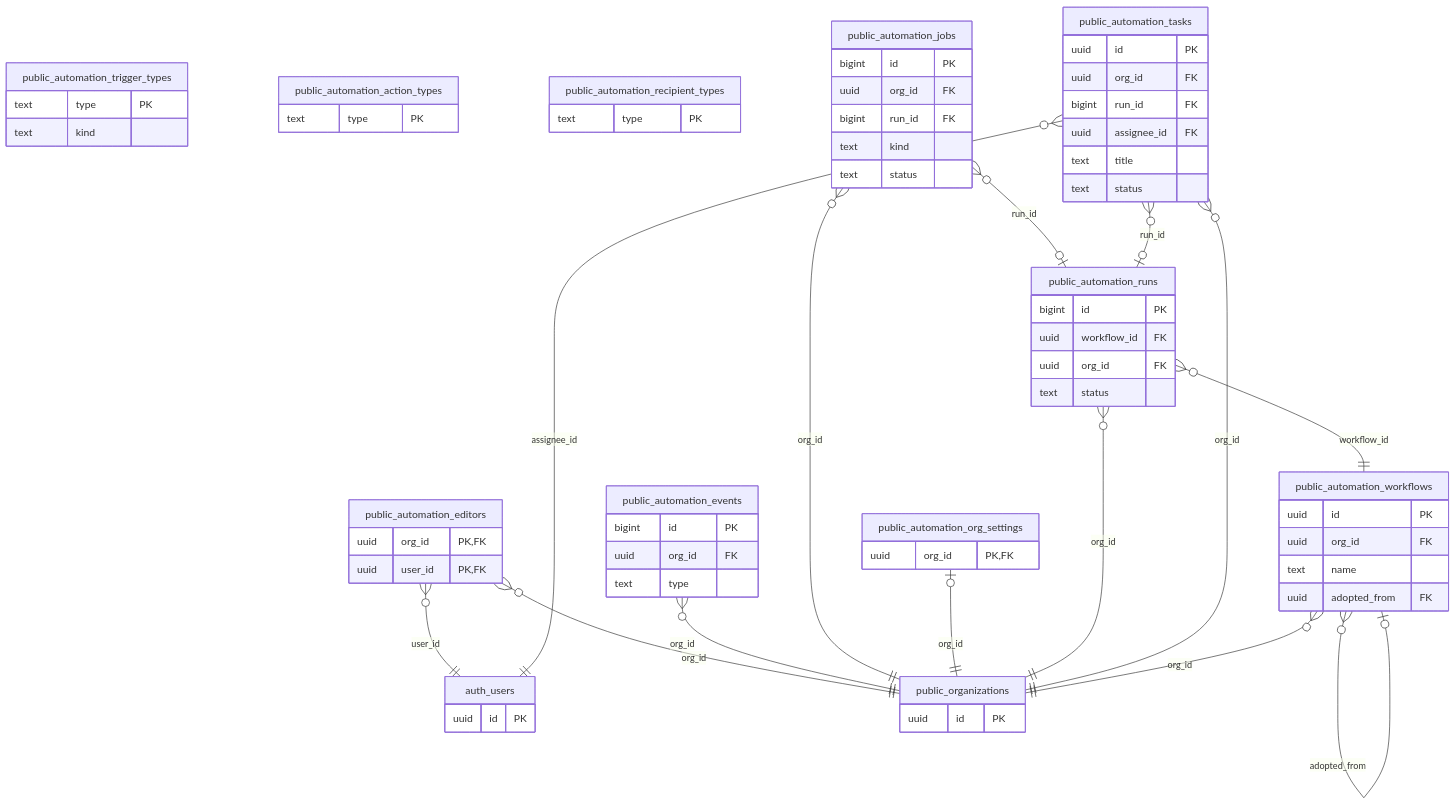
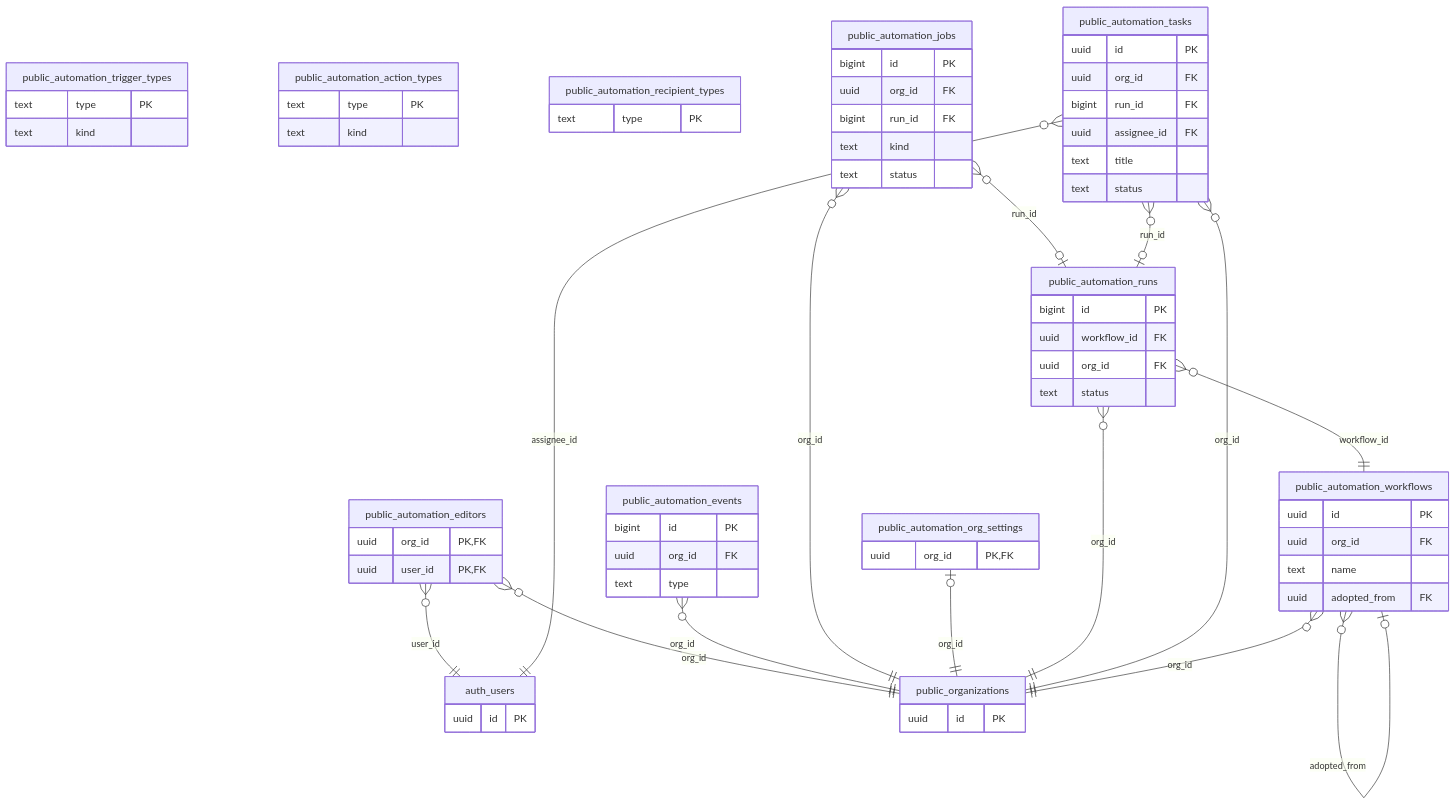
The ninth of 21 diagrams in docs/database-map.md (Nox-Mob/OpenAppHub), drawn with Mermaid before and after one commit. The commit also changed other lines of this file and 7 other files, not shown here.

Commit message:
Docs: S-28 designer (automation-engine §6, architecture, roadmap, integration notes, database map)

````diff
--- a/docs/database-map.md
+++ b/docs/database-map.md
@@ -740,71 +740,72 @@
 ```mermaid
 erDiagram
     public_automation_workflows {
         uuid id PK
         uuid org_id FK
         text name
         uuid adopted_from FK
     }
     public_automation_trigger_types {
         text type PK
         text kind
     }
     public_automation_action_types {
         text type PK
+        text kind
     }
     public_automation_recipient_types {
         text type PK
     }
     public_automation_org_settings {
         uuid org_id PK,FK
     }
     public_automation_editors {
         uuid org_id PK,FK
         uuid user_id PK,FK
     }
     public_automation_events {
         bigint id PK
         uuid org_id FK
         text type
     }
     public_automation_runs {
         bigint id PK
         uuid workflow_id FK
         uuid org_id FK
         text status
     }
     public_automation_tasks {
         uuid id PK
         uuid org_id FK
         bigint run_id FK
         uuid assignee_id FK
         text title
         text status
     }
     public_automation_jobs {
         bigint id PK
         uuid org_id FK
         bigint run_id FK
         text kind
         text status
     }
     auth_users {
         uuid id PK
     }
     public_organizations {
         uuid id PK
     }
     public_automation_editors }o--|| auth_users : "user_id"
     public_automation_editors }o--|| public_organizations : "org_id"
     public_automation_events }o--|| public_organizations : "org_id"
     public_automation_jobs }o--o| public_automation_runs : "run_id"
     public_automation_jobs }o--|| public_organizations : "org_id"
     public_automation_org_settings |o--|| public_organizations : "org_id"
     public_automation_runs }o--|| public_automation_workflows : "workflow_id"
     public_automation_runs }o--|| public_organizations : "org_id"
     public_automation_tasks }o--o| public_automation_runs : "run_id"
     public_automation_tasks }o--|| auth_users : "assignee_id"
     public_automation_tasks }o--|| public_organizations : "org_id"
     public_automation_workflows }o--o| public_automation_workflows : "adopted_from"
     public_automation_workflows }o--|| public_organizations : "org_id"
 ```
````
